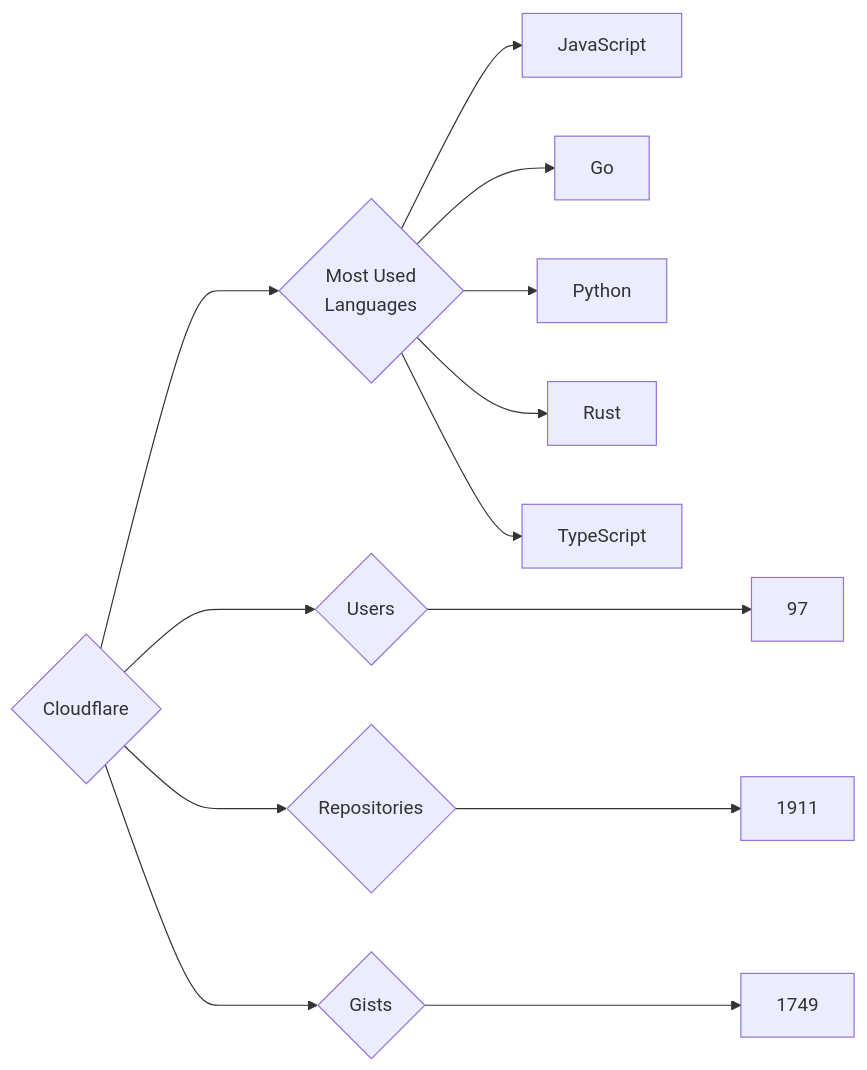
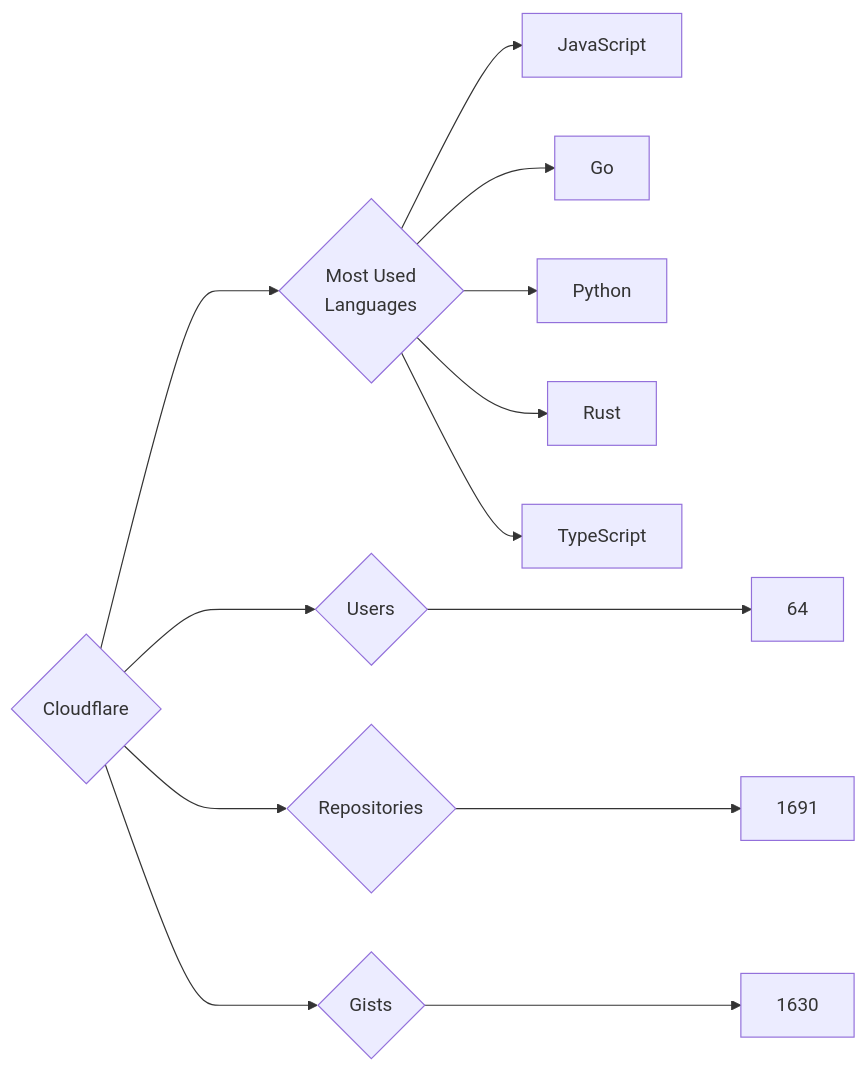
The diagram in targets/Cloudflare/README.md (trickest/insiders), drawn with Mermaid before and after one commit. The commit also changed 569 other files, not shown here.

````diff
--- a/targets/Cloudflare/README.md
+++ b/targets/Cloudflare/README.md
@@ -3,13 +3,13 @@
 ```mermaid
 graph LR
 COMPANY_NAME{Cloudflare}
-COMPANY_NAME ---> U{Users} ---> UN[97]
-COMPANY_NAME ---> R{Repositories} ---> RN[1911]
-COMPANY_NAME ---> G{Gists} ---> GN[1749]
+COMPANY_NAME ---> U{Users} ---> UN[64]
+COMPANY_NAME ---> R{Repositories} ---> RN[1691]
+COMPANY_NAME ---> G{Gists} ---> GN[1630]
 COMPANY_NAME ---> ML{Most Used<br>Languages}
 ML --> JavaScript[JavaScript]
 ML --> Go[Go]
 ML --> Python[Python]
 ML --> Rust[Rust]
 ML --> TypeScript[TypeScript]
 ```
````
